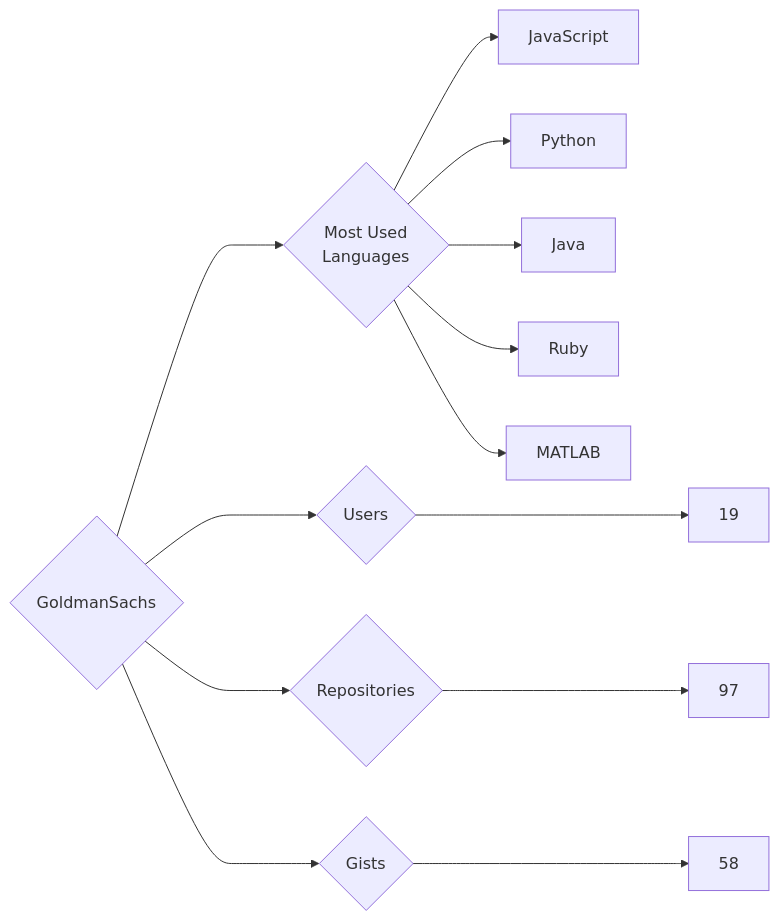
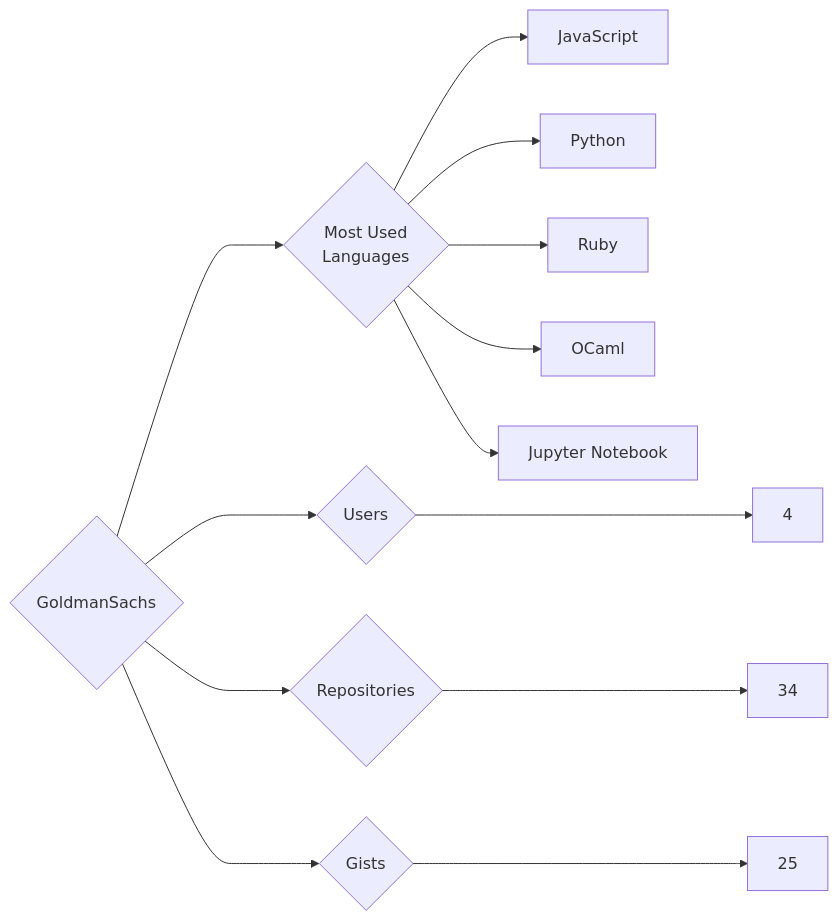
One commit to trickest/insiders changed the diagram in targets/GoldmanSachs/README.md. Above: the diagram before and after it, drawn with Mermaid. The commit also changed 932 other files, not shown here.

````diff
--- a/targets/GoldmanSachs/README.md
+++ b/targets/GoldmanSachs/README.md
@@ -3,13 +3,13 @@
 ```mermaid
 graph LR
 COMPANY_NAME{GoldmanSachs}
-COMPANY_NAME ---> U{Users} ---> UN[19]
-COMPANY_NAME ---> R{Repositories} ---> RN[97]
-COMPANY_NAME ---> G{Gists} ---> GN[58]
+COMPANY_NAME ---> U{Users} ---> UN[4]
+COMPANY_NAME ---> R{Repositories} ---> RN[34]
+COMPANY_NAME ---> G{Gists} ---> GN[25]
 COMPANY_NAME ---> ML{Most Used<br>Languages}
 ML --> JavaScript[JavaScript]
 ML --> Python[Python]
-ML --> Java[Java]
 ML --> Ruby[Ruby]
-ML --> MATLAB[MATLAB]
+ML --> OCaml[OCaml]
+ML --> Jupyter_Notebook[Jupyter Notebook]
 ```
````
